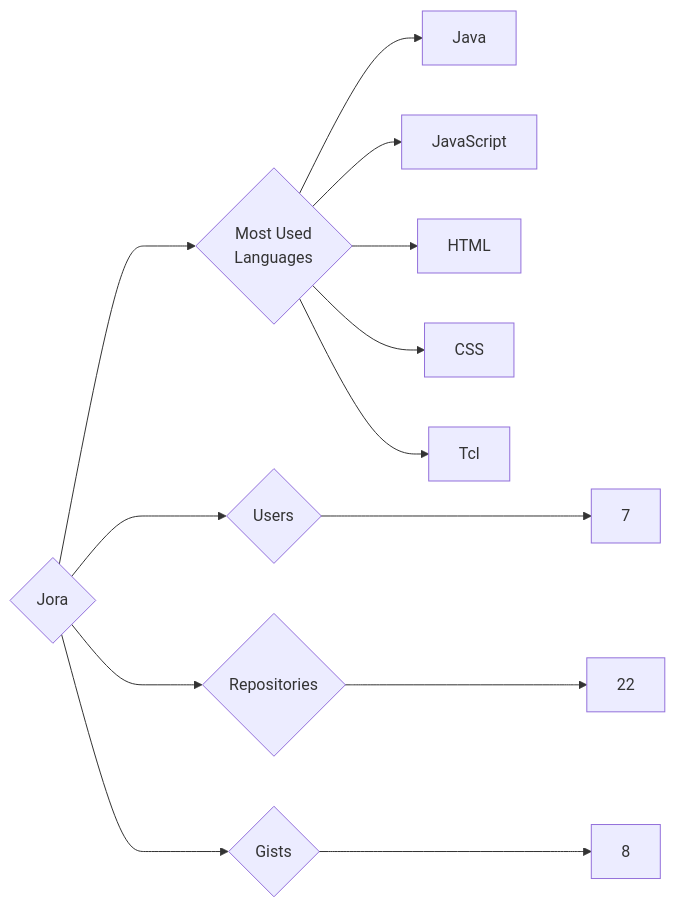
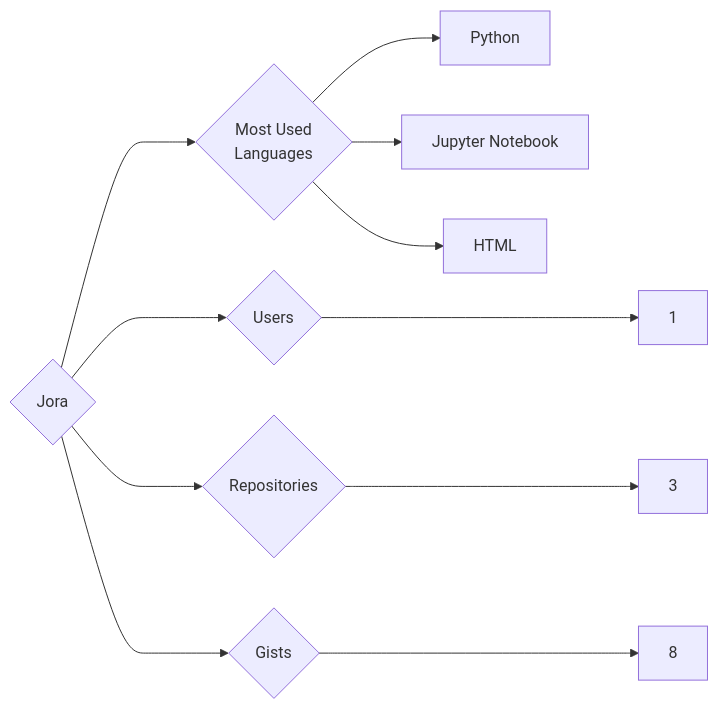
One commit to trickest/insiders changed the diagram in targets/Jora/README.md. Above: the diagram before and after it, drawn with Mermaid. The commit also changed 1314 other files, not shown here.

````diff
--- a/targets/Jora/README.md
+++ b/targets/Jora/README.md
@@ -3,13 +3,11 @@
 ```mermaid
 graph LR
 COMPANY_NAME{Jora}
-COMPANY_NAME ---> U{Users} ---> UN[7]
-COMPANY_NAME ---> R{Repositories} ---> RN[22]
+COMPANY_NAME ---> U{Users} ---> UN[1]
+COMPANY_NAME ---> R{Repositories} ---> RN[3]
 COMPANY_NAME ---> G{Gists} ---> GN[8]
 COMPANY_NAME ---> ML{Most Used<br>Languages}
-ML --> Java[Java]
-ML --> JavaScript[JavaScript]
+ML --> Python[Python]
+ML --> Jupyter_Notebook[Jupyter Notebook]
 ML --> HTML[HTML]
-ML --> CSS[CSS]
-ML --> Tcl[Tcl]
 ```
````
